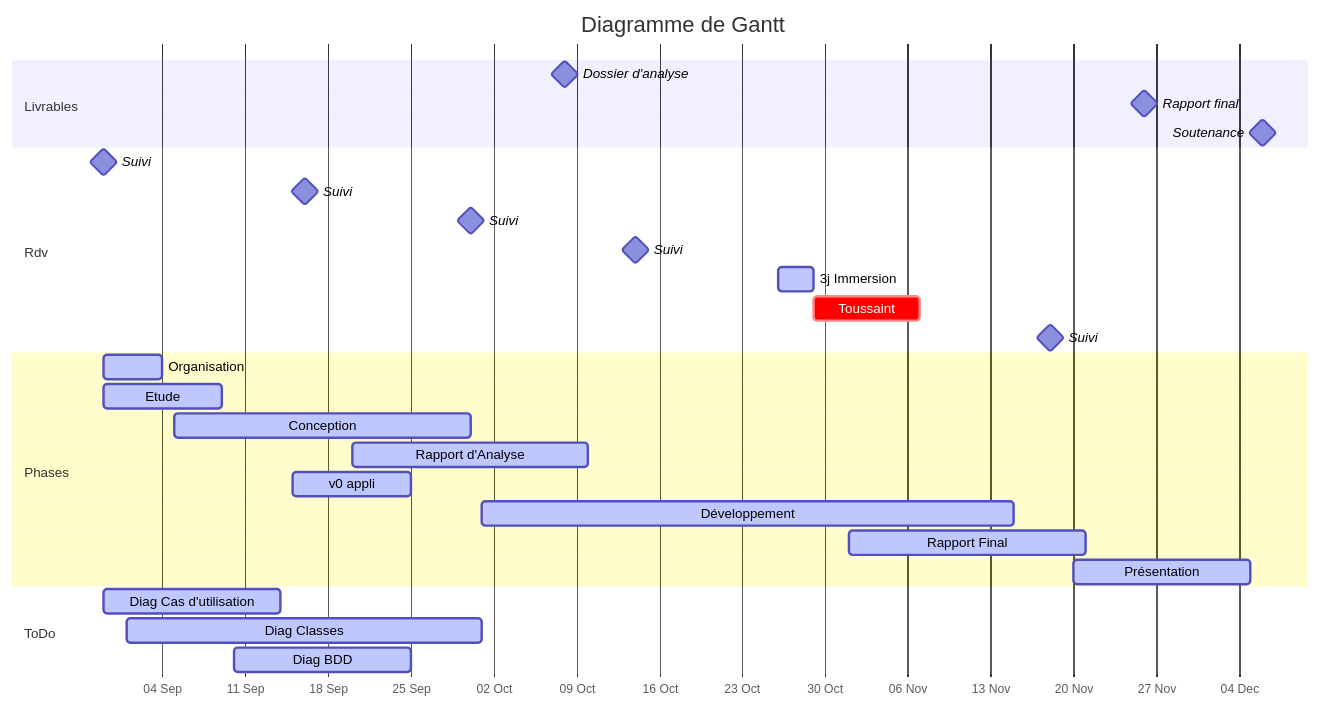
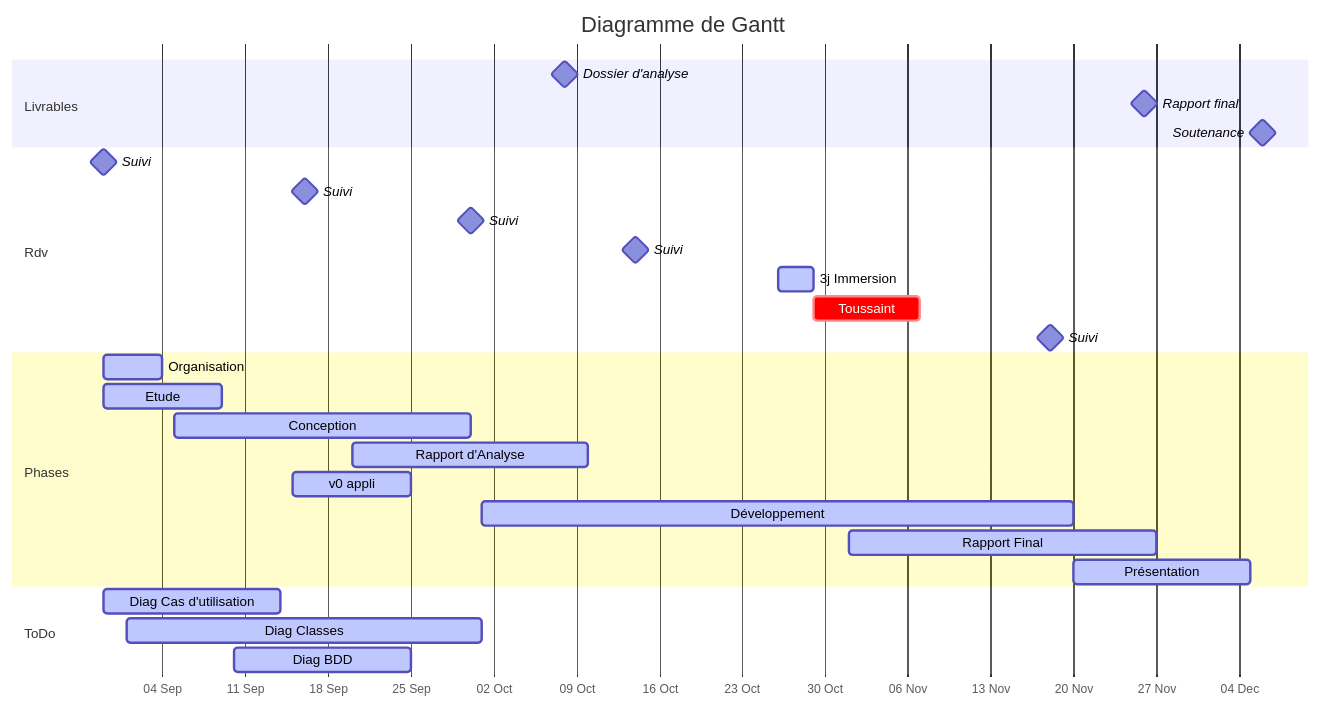
Before and after one commit to ludo2ne/projet-info-2A: the diagram in doc/suivi.md, drawn with Mermaid. The commit also changed other lines of this file and 4 other files, not shown here.

````diff
--- a/doc/suivi.md
+++ b/doc/suivi.md
@@ -29,42 +29,42 @@
 ```mermaid
 gantt
     %% Faites bien attention a la syntaxe sinon ca va planter !
     %% doc : https://mermaid-js.github.io/mermaid/#/./gantt
     dateFormat  YYYY-MM-DD
     axisFormat  %d %b
     %% todayMarker off
     title       Diagramme de Gantt
     %% excludes  YYYY-MM-DD and/or sunday and/or weekends 
 
     section Livrables
     %% Voeux                        :milestone, 2022-08-28, 0d
     Dossier d'analyse            :milestone, 2022-10-08, 0d
     Rapport final                :milestone, 2022-11-26, 0d
     Soutenance                   :milestone, 2022-12-06, 0d
     
     section Rdv
     Suivi                        :milestone, 2022-08-30, 0d
     Suivi                        :milestone, 2022-09-16, 0d
     Suivi                        :milestone, 2022-09-30, 0d
     Suivi                        :milestone, 2022-10-14, 0d
     3j Immersion                 :active,    2022-10-26, 3d
     Toussaint                    :crit,      2022-10-29, 9d
     Suivi                        :milestone, 2022-11-18, 0d
 
     section Phases
     Organisation                 :active,      2022-08-30, 5d
     Etude                        :active,      2022-08-30, 10d
     Conception                   :active,      2022-09-05, 25d
     Rapport d'Analyse            :active,      2022-09-20, 20d
     v0 appli                     :active,      2022-09-15, 10d
-    Développement                :active,      2022-10-01, 45d
-    Rapport Final                :active,      2022-11-01, 20d
+    Développement                :active,      2022-10-01, 50d
+    Rapport Final                :active,      2022-11-01, 26d
     Présentation                 :active,      2022-11-20, 15d
     
     
     section ToDo
     Diag Cas d'utilisation       :active,      2022-08-30, 15d
     Diag Classes                 :active,      2022-09-01, 30d
     Diag BDD                     :active,      2022-09-10, 15d
     %%Stats univariées retraités   :done,         2021-11-28, 3d
 ```
````
